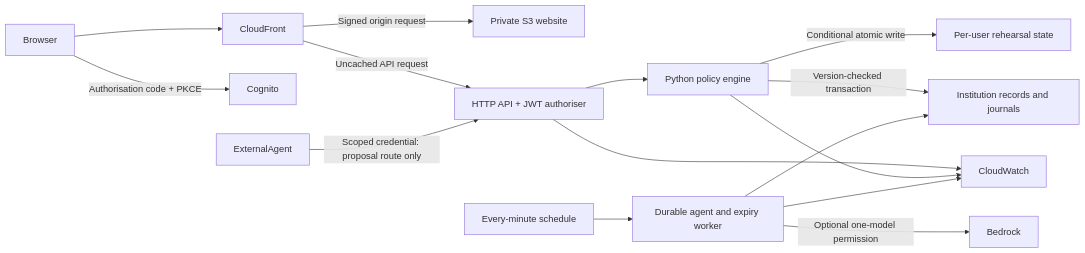
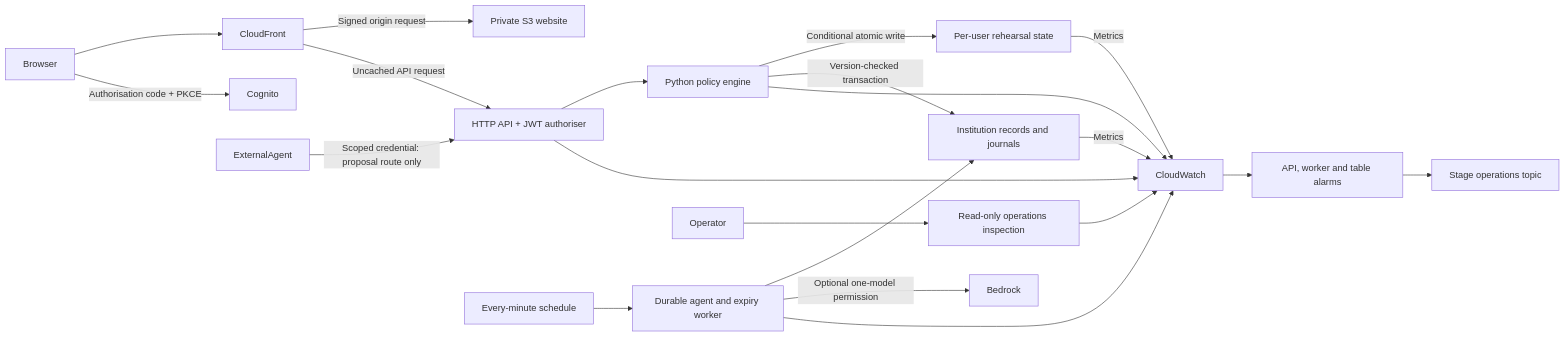
The diagram in agentu/docs/architecture.md (w3c-global/w3c-global.github.io), drawn with Mermaid before and after one commit. The commit also changed 12 other files, not shown here.

Commit message:
Add environment operations monitoring and validate deployable template size

````diff
--- a/agentu/docs/architecture.md
+++ b/agentu/docs/architecture.md
@@ -5,17 +5,23 @@
 ```mermaid
 flowchart LR
   Browser --> CloudFront
   Browser -->|Authorisation code + PKCE| Cognito
   CloudFront -->|Signed origin request| PrivateS3[Private S3 website]
   CloudFront -->|Uncached API request| Gateway[HTTP API + JWT authoriser]
   Gateway --> Lambda[Python policy engine]
   Lambda -->|Conditional atomic write| DynamoDB[Per-user rehearsal state]
   Lambda -->|Version-checked transaction| Platform[Institution records and journals]
   Gateway --> Logs[CloudWatch]
   Lambda --> Logs
   ExternalAgent -->|Scoped credential: proposal route only| Gateway
   Schedule[Every-minute schedule] --> Worker[Durable agent and expiry worker]
   Worker --> Platform
   Worker -->|Optional one-model permission| Bedrock
   Worker --> Logs
+  Operator --> Monitoring[Read-only operations inspection]
+  Monitoring --> Logs
+  DynamoDB -->|Metrics| Logs
+  Platform -->|Metrics| Logs
+  Logs --> Alarms[API, worker and table alarms]
+  Alarms --> Topic[Stage operations topic]
 ```
````
